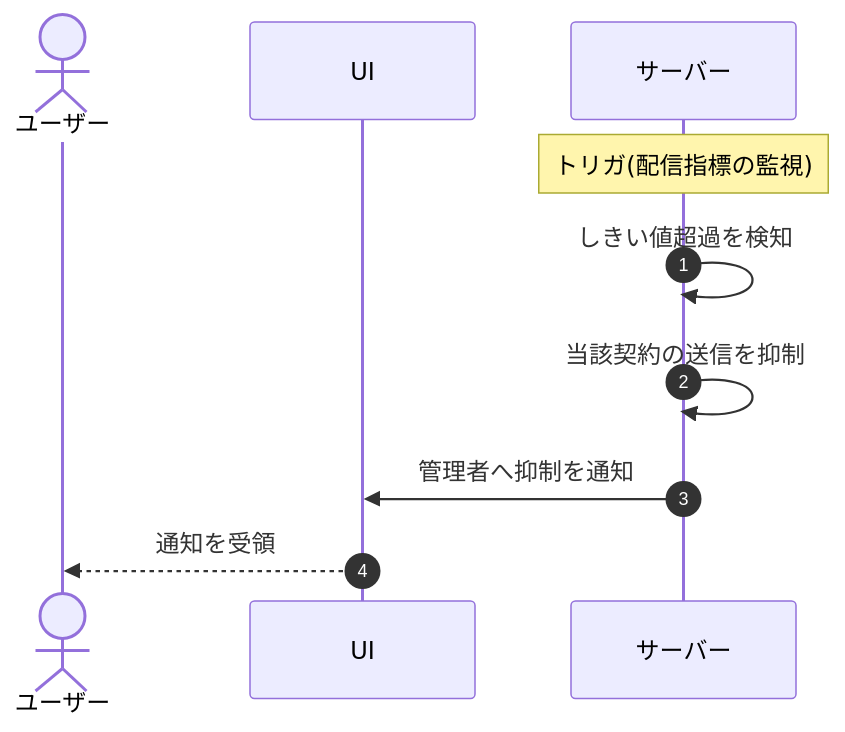
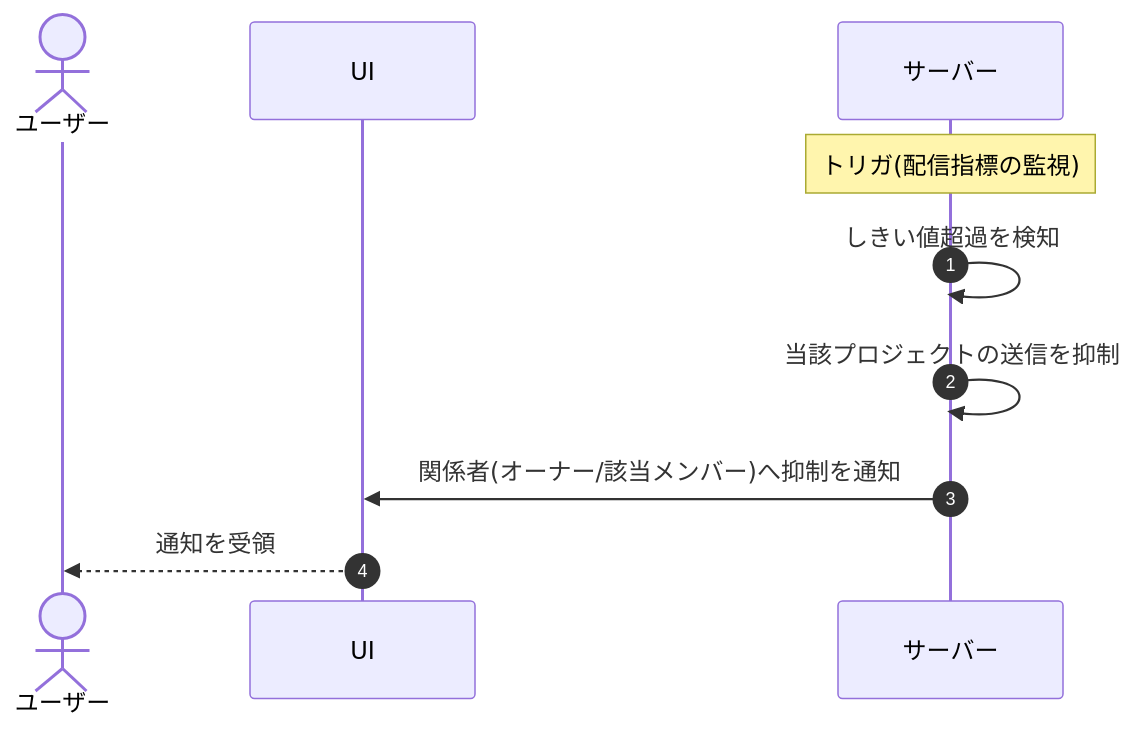
Before and after one commit to sikakou54/open-faq: the fifth of 26 diagrams in 01_requirements/02_functional_requirement/05_notification-fr.md, drawn with Mermaid. The commit also changed other lines of this file and 294 other files, not shown here.

````diff
--- a/01_requirements/02_functional_requirement/05_notification-fr.md
+++ b/01_requirements/02_functional_requirement/05_notification-fr.md
@@ -120,12 +120,12 @@
 ```mermaid
 sequenceDiagram
   autonumber
   actor U as ユーザー
   participant UI as UI
   participant S as サーバー
   Note over S: トリガ(配信指標の監視)
   S->>S: しきい値超過を検知
-  S->>S: 当該契約の送信を抑制
-  S->>UI: 管理者へ抑制を通知
+  S->>S: 当該プロジェクトの送信を抑制
+  S->>UI: 関係者(オーナー/該当メンバー)へ抑制を通知
   UI-->>U: 通知を受領
 ```
````
